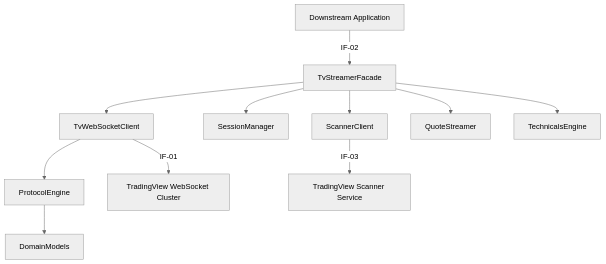
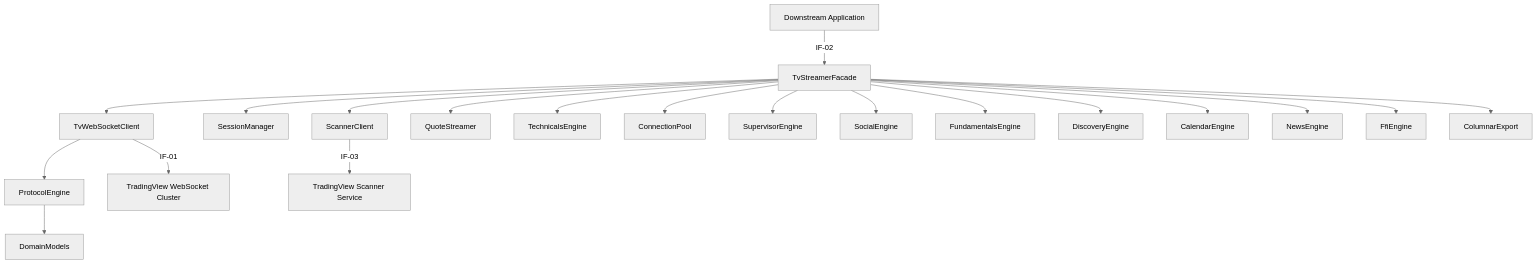
Before and after one commit to ihkaru/tradingview-streamer-rs: the diagram in docs/architecture/05_building_block_view.md, drawn with Mermaid (neutral theme). The commit also changed other lines of this file and 11 other files, not shown here.

Commit message:
docs(arc42): synchronize architecture building blocks, deployment view, and provenance to 4f38783

````diff
--- a/docs/architecture/05_building_block_view.md
+++ b/docs/architecture/05_building_block_view.md
@@ -11,13 +11,22 @@
 ```mermaid
 graph TD
     ClientApp["Downstream Application"] -- "IF-02" --> TvStreamerFacade["TvStreamerFacade"]
     TvStreamerFacade --> TvWebSocketClient["TvWebSocketClient"]
     TvStreamerFacade --> SessionManager["SessionManager"]
     TvStreamerFacade --> ScannerClient["ScannerClient"]
     TvStreamerFacade --> QuoteStreamer["QuoteStreamer"]
     TvStreamerFacade --> TechnicalsEngine["TechnicalsEngine"]
+    TvStreamerFacade --> ConnectionPool["ConnectionPool"]
+    TvStreamerFacade --> SupervisorEngine["SupervisorEngine"]
+    TvStreamerFacade --> SocialEngine["SocialEngine"]
+    TvStreamerFacade --> FundamentalsEngine["FundamentalsEngine"]
+    TvStreamerFacade --> DiscoveryEngine["DiscoveryEngine"]
+    TvStreamerFacade --> CalendarEngine["CalendarEngine"]
+    TvStreamerFacade --> NewsEngine["NewsEngine"]
+    TvStreamerFacade --> FfiEngine["FfiEngine"]
+    TvStreamerFacade --> ColumnarExport["ColumnarExport"]
     TvWebSocketClient --> ProtocolEngine["ProtocolEngine"]
     TvWebSocketClient -- "IF-01" --> TradingViewCluster["TradingView WebSocket Cluster"]
     ScannerClient -- "IF-03" --> TradingViewScanner["TradingView Scanner Service"]
     ProtocolEngine --> DomainModels["DomainModels"]
 ```
````
